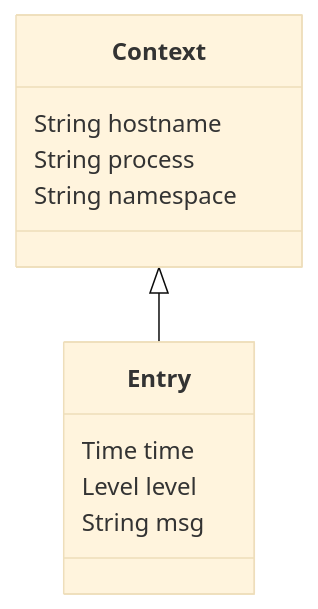
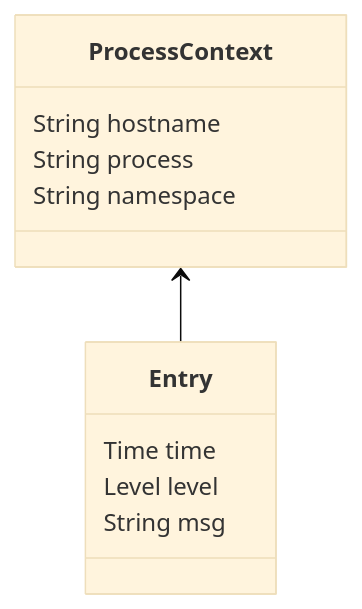
One commit to semantic-logs/spec changed the second of 2 diagrams in README.md. Above: the diagram before and after it, drawn with Mermaid (base theme). The commit also changed other lines of this file, not shown here.

````diff
--- a/README.md
+++ b/README.md
@@ -139,16 +194,16 @@
 ```mermaid
 classDiagram
-    Context <|-- Entry
+    ProcessContext <-- Entry
 
-    class Context{
+    class ProcessContext{
       String hostname
       String process
       String namespace 
     }
     class Entry{
       Time time
       Level level
       String msg
     }
 
 ```
````
